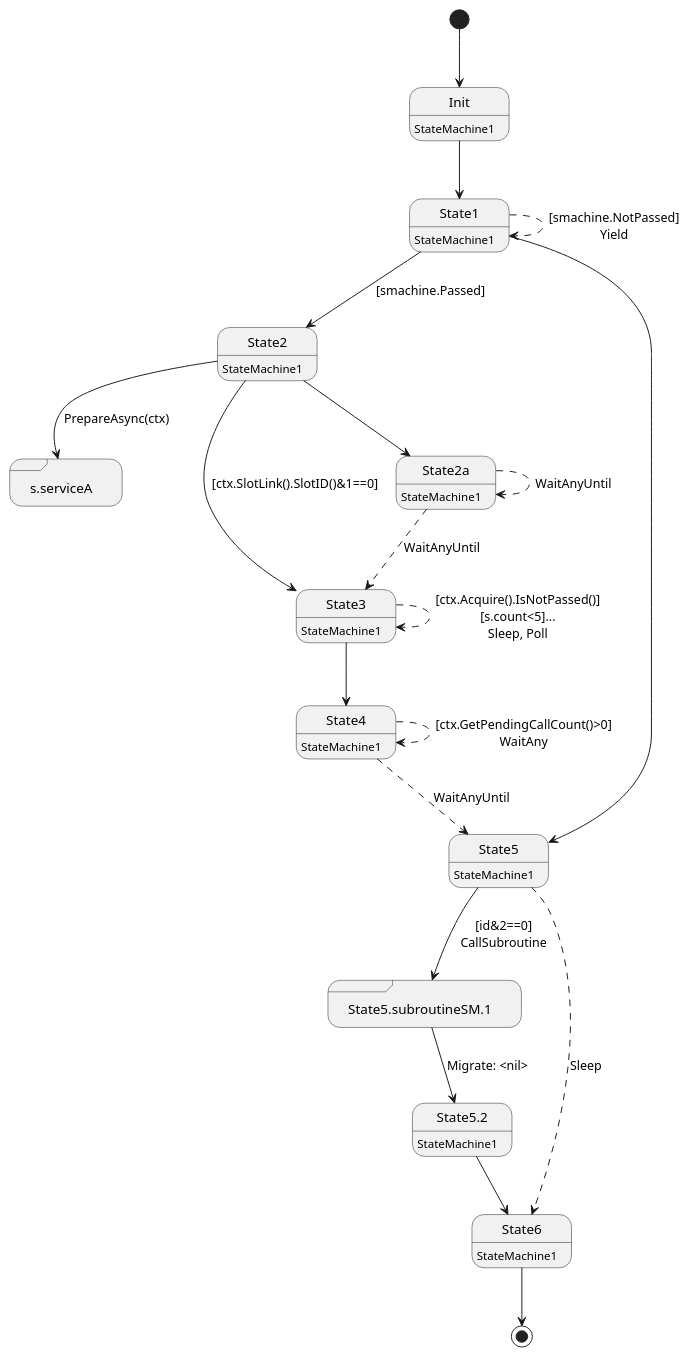
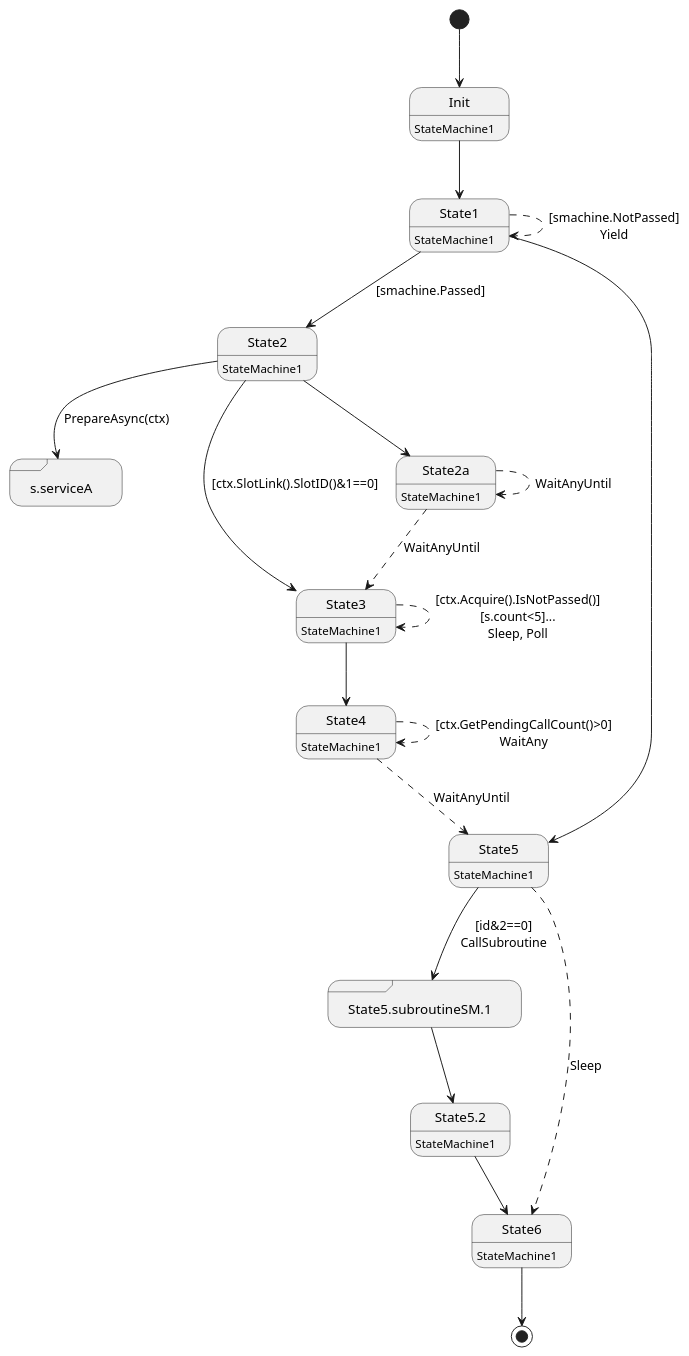
Before and after one commit to insolar/assured-ledger: the diagram in ledger-core/conveyor/smachine/main/example/example_1.plantuml, drawn with PlantUML. The commit also changed 16 other files, not shown here.

```diff
--- a/ledger-core/conveyor/smachine/main/example/example_1.plantuml
+++ b/ledger-core/conveyor/smachine/main/example/example_1.plantuml
@@ -1,41 +1,41 @@
 @startuml
 state "Init" as T00_S001
 T00_S001 : StateMachine1
 [*] --> T00_S001
 T00_S001 --> T00_S002
 state "State1" as T00_S002
 T00_S002 : StateMachine1
 T00_S002 --> T00_S003 : [smachine.Passed]
 T00_S002 --[dashed]> T00_S002 : [smachine.NotPassed]\nYield
 T00_S002 --> T00_S008
 state "State2" as T00_S003
 T00_S003 : StateMachine1
 T00_S003 --> T00_S004 : PrepareAsync(ctx)
 T00_S003 --> T00_S006 : [ctx.SlotLink().SlotID()&1==0]
 T00_S003 --> T00_S005
 state "State2a" as T00_S005
 T00_S005 : StateMachine1
 T00_S005 --[dashed]> T00_S005 : WaitAnyUntil
 T00_S005 --[dashed]> T00_S006 : WaitAnyUntil
 state "State3" as T00_S006
 T00_S006 : StateMachine1
 T00_S006 --[dashed]> T00_S006 : [ctx.Acquire().IsNotPassed()]\n[s.count<5]...\nSleep, Poll
 T00_S006 --> T00_S007
 state "State4" as T00_S007
 T00_S007 : StateMachine1
 T00_S007 --[dashed]> T00_S007 : [ctx.GetPendingCallCount()>0]\nWaitAny
 T00_S007 --[dashed]> T00_S008 : WaitAnyUntil
 state "State5" as T00_S008
 T00_S008 : StateMachine1
 T00_S008 --> T00_S009 : [id&2==0]\nCallSubroutine
 T00_S008 --[dashed]> T00_S011 : Sleep
 state "State5.2" as T00_S010
 T00_S010 : StateMachine1
 T00_S010 --> T00_S011
 state "State5.subroutineSM.1" as T00_S009 <<sdlreceive>>
-T00_S009 --> T00_S010 : Migrate: <nil>
+T00_S009 --> T00_S010
 state "State6" as T00_S011
 T00_S011 : StateMachine1
 T00_S011 --> [*]
 state "s.serviceA" as T00_S004 <<sdlreceive>>
 @enduml
```
